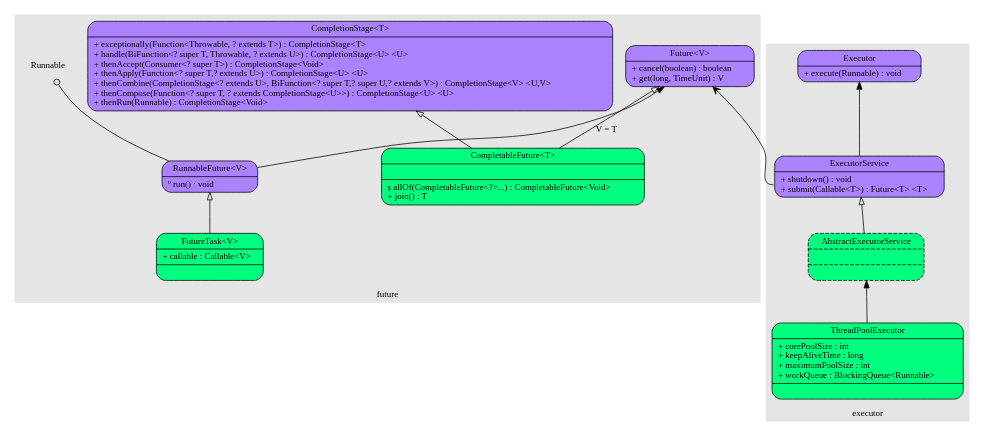
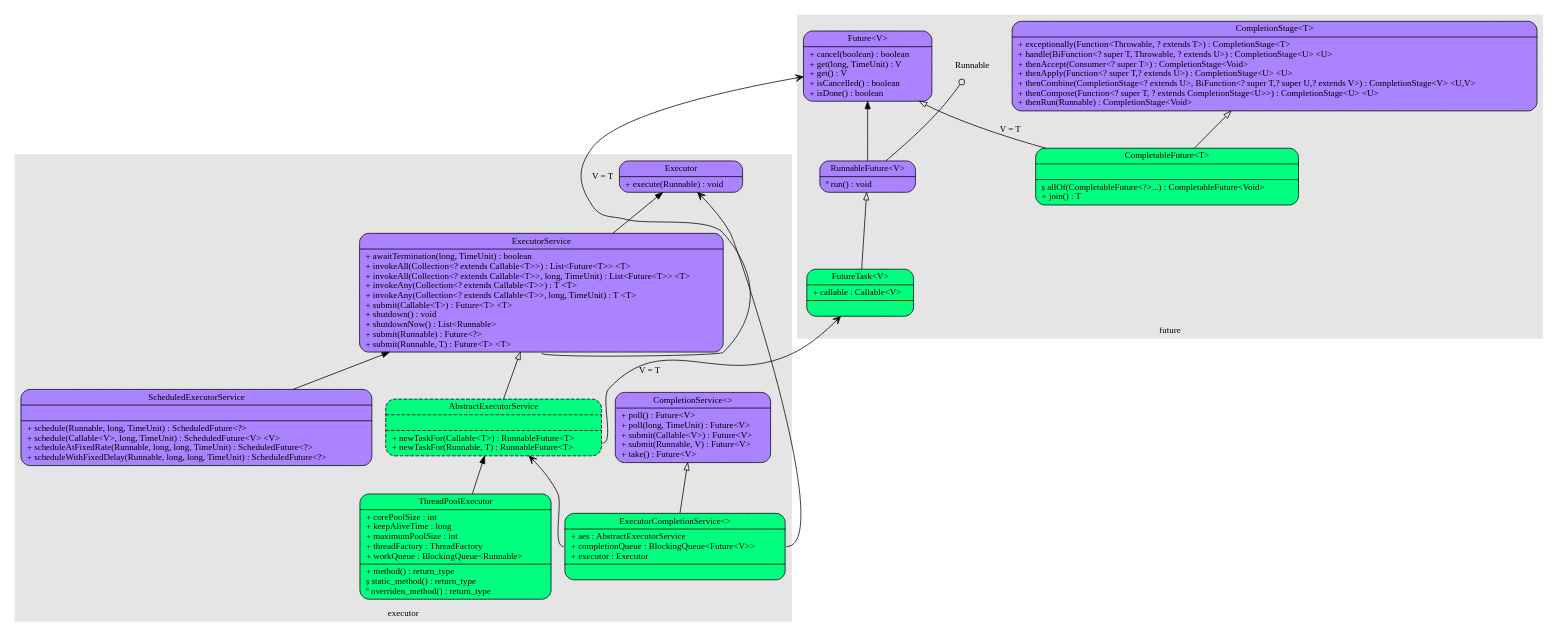
One commit to chris0103/spider-net changed the diagram in Java/concurrent.dot. Above: the diagram before and after it, drawn with Graphviz. The commit also changed 4 other files, not shown here.

```diff
--- a/Java/concurrent.dot
+++ b/Java/concurrent.dot
@@ -1,64 +1,90 @@
 digraph concurrent {
 	rankdir = BT;
     fontname = "Verdana";
     fontsize = 12;
     node [fontname = "Verdana", fontsize = 12, shape = "record"];
     edge [fontname = "Verdana", fontsize = 12];
 	
 	subgraph cluster25 {
 		label = "executor";
 		style = filled;
 		color = grey90;
-		AbstractExecutorService [label = "{<f0>AbstractExecutorService||}", style = "rounded, filled, dashed", fillcolor = "springgreen"];
+		AbstractExecutorService [label = "{<f0>AbstractExecutorService||<f2>+ newTaskFor(Callable&lt;T&gt;) : RunnableFuture&lt;T&gt;\l+ newTaskFor(Runnable, T) : RunnableFuture&lt;T&gt;\l}", style = "rounded, filled, dashed", fillcolor = "springgreen"];
+		CompletionService [label = "{<f0>CompletionService&lt;&gt;|<f2>+ poll() : Future&lt;V&gt;\l+ poll(long, TimeUnit) : Future&lt;V&gt;\l+ submit(Callable&lt;V&gt;) : Future&lt;V&gt;\l+ submit(Runnable, V) : Future&lt;V&gt;\l+ take() : Future&lt;V&gt;\l}", style = "rounded, filled", fillcolor = "mediumpurple1"];
 		Executor [label = "{<f0>Executor|<f2>+ execute(Runnable) : void\l}", style = "rounded, filled", fillcolor = "mediumpurple1"];
-		ExecutorService [label = "{<f0>ExecutorService|<f2>+ shutdown() : void\l+ submit(Callable&lt;T&gt;) : Future&lt;T&gt; &lt;T&gt;\l}", style = "rounded, filled", fillcolor = "mediumpurple1"];
-		ThreadPoolExecutor [label = "{<f0>ThreadPoolExecutor|<f1>+ corePoolSize : int\l+ keepAliveTime : long\l+ maximumPoolSize : int\l+ workQueue : BlockingQueue&lt;Runnable&gt;\l|}", style = "rounded, filled", fillcolor = "springgreen"];
+		ExecutorCompletionService [label = "{<f0>ExecutorCompletionService&lt;&gt;|<f1>+ aes : AbstractExecutorService\l+ completionQueue : BlockingQueue&lt;Future&lt;V&gt;&gt;\l+ executor : Executor\l|}", style = "rounded, filled", fillcolor = "springgreen"];
+		ExecutorService [label = "{<f0>ExecutorService|<f2>+ awaitTermination(long, TimeUnit) : boolean\l+ invokeAll(Collection&lt;? extends Callable&lt;T&gt;&gt;) : List&lt;Future&lt;T&gt;&gt; &lt;T&gt;\l+ invokeAll(Collection&lt;? extends Callable&lt;T&gt;&gt;, long, TimeUnit) : List&lt;Future&lt;T&gt;&gt; &lt;T&gt;\l+ invokeAny(Collection&lt;? extends Callable&lt;T&gt;&gt;) : T &lt;T&gt;\l+ invokeAny(Collection&lt;? extends Callable&lt;T&gt;&gt;, long, TimeUnit) : T &lt;T&gt;\l+ submit(Callable&lt;T&gt;) : Future&lt;T&gt; &lt;T&gt;\l+ shutdown() : void\l+ shutdownNow() : List&lt;Runnable&gt;\l+ submit(Runnable) : Future&lt;?&gt;\l+ submit(Runnable, T) : Future&lt;T&gt; &lt;T&gt;\l}", style = "rounded, filled", fillcolor = "mediumpurple1"];
+		ScheduledExecutorService [label = "{<f0>ScheduledExecutorService||<f2>+ schedule(Runnable, long, TimeUnit) : ScheduledFuture&lt;?&gt;\l+ schedule(Callable&lt;V&gt;, long, TimeUnit) : ScheduledFuture&lt;V&gt; &lt;V&gt;\l+ scheduleAtFixedRate(Runnable, long, long, TimeUnit) : ScheduledFuture&lt;?&gt;\l+ scheduleWithFixedDelay(Runnable, long, long, TimeUnit) : ScheduledFuture&lt;?&gt;\l}", style = "rounded, filled", fillcolor = "mediumpurple1"];
+		ThreadPoolExecutor [label = "{<f0>ThreadPoolExecutor|<f1>+ corePoolSize : int\l+ keepAliveTime : long\l+ maximumPoolSize : int\l+ threadFactory : ThreadFactory\l+ workQueue : BlockingQueue&lt;Runnable&gt;\l|<f2>+ method() : return_type\l&#537; static_method() : return_type\l&#186; overriden_method() : return_type\l}", style = "rounded, filled", fillcolor = "springgreen"];
 	}
 	
 	subgraph cluster50 {
 		label = "future";
 		style = filled;
 		color = grey90;
 		CompletableFuture [label = "{<f0>CompletableFuture&lt;T&gt;||<f2>&#537; allOf(CompletableFuture&lt;?&gt;...) : CompletableFuture&lt;Void&gt;\l+ join() : T\l}", style = "rounded, filled", fillcolor = "springgreen"];
 		CompletionStage [label = "{<f0>CompletionStage&lt;T&gt;|<f2>+ exceptionally(Function&lt;Throwable, ? extends T&gt;) : CompletionStage&lt;T&gt;\l+ handle(BiFunction&lt;? super T, Throwable, ? extends U&gt;) : CompletionStage&lt;U&gt; &lt;U&gt;\l+ thenAccept(Consumer&lt;? super T&gt;) : CompletionStage&lt;Void&gt; \l+ thenApply(Function&lt;? super T,? extends U&gt;) : CompletionStage&lt;U&gt; &lt;U&gt;\l+ thenCombine(CompletionStage&lt;? extends U&gt;, BiFunction&lt;? super T,? super U,? extends V&gt;) : CompletionStage&lt;V&gt; &lt;U,V&gt;\l+ thenCompose(Function&lt;? super T, ? extends CompletionStage&lt;U&gt;&gt;) : CompletionStage&lt;U&gt; &lt;U&gt;\l+ thenRun(Runnable) : CompletionStage&lt;Void&gt; \l}", style = "rounded, filled", fillcolor = "mediumpurple1"];
-		Future [label = "{<f0>Future&lt;V&gt;|<f2>+ cancel(boolean) : boolean\l+ get(long, TimeUnit) : V\l}", style = "rounded, filled", fillcolor = "mediumpurple1"];
+		Future [label = "{<f0>Future&lt;V&gt;|<f2>+ cancel(boolean) : boolean\l+ get(long, TimeUnit) : V\l+ get() : V\l+ isCancelled() : boolean\l+ isDone() : boolean\l}", style = "rounded, filled", fillcolor = "mediumpurple1"];
 		FutureTask [label = "{<f0>FutureTask&lt;V&gt;|<f1>+ callable : Callable&lt;V&gt;\l|}", style = "rounded, filled", fillcolor = "springgreen"];
 		Runnable [shape = "plaintext", label = "Runnable"];
 		RunnableFuture [label = "{<f0>RunnableFuture&lt;V&gt;|<f2>&#186; run() : void\l}", style = "rounded, filled", fillcolor = "mediumpurple1"];
 	}
 	
 	/*
 	subgraph cluster00 {
 		label = "";
 		style = filled;
 		color = grey90;
 	}
 	
 	// item_name [label = "item_lable", style = "filled", fillcolor = "palegreen"];
 	// record_name [shape = "record", label = "{{<f0>interface|{<f10>(other implementers)}}|(other methods)}"];
 	// interface_minor [shape = "plaintext", label = "Interface_minor"];
 	// interface [label = "{<f0>Interface|<f2>+ method() : return_type\l}", style = "rounded, filled", fillcolor = "mediumpurple1"];
 	// abstract_class [label = "{<f0>Abstract_Class|<f1>+ field1 : type\l+ field2 : type\l|<f2>&#170; abstract_method() : return_type\l&#537; static_method() : return_type\l+ method() : return_type\l}", style = "rounded, filled, dashed", fillcolor = "springgreen"];
 	// class [label = "{<f0>Class|<f1>+ field1 : type\l+ field2 : type\l&#10765; final_field : type\l&#537; static_field : type\l|<f2>+ method() : return_type\l&#537; static_method() : return_type\l&#186; overriden_method() : return_type\l}", style = "rounded, filled", fillcolor = "springgreen"];	
 	*/
 	
 	// item_foo -> item_bar;
 	
 	// Implementation -> Interface [arrowhead = "empty"];
 	// Subclass -> Class;	
 	// Referer -> Referee [arrowhead = "vee"];
 	// Implementation -> InterfaceMinor [arrowhead = "odot"];	
 	
 	// future
 	CompletableFuture -> Future [arrowhead = "empty", label = "V = T"];
 	CompletableFuture -> CompletionStage [arrowhead = "empty"];
 	RunnableFuture -> Future;
 	RunnableFuture -> Runnable [arrowhead = "odot"];
 	FutureTask -> RunnableFuture [arrowhead = "empty"];
 	
 	// executor
 	ExecutorService -> Executor;
-	ExecutorService:f2 -> Future [arrowhead = "vee"];
+	ExecutorService:f2 -> Future [arrowhead = "vee", label = "V = T"];
 	AbstractExecutorService -> ExecutorService [arrowhead = "empty"];
+	AbstractExecutorService:f2 -> FutureTask [arrowhead = "vee", label = "V = T"];
 	ThreadPoolExecutor -> AbstractExecutorService;
+	ExecutorCompletionService:f1 -> AbstractExecutorService [arrowhead = "vee"];
+	ExecutorCompletionService:f1 -> Executor [arrowhead = "vee"];
+	ExecutorCompletionService -> CompletionService [arrowhead = "empty"];
+	ScheduledExecutorService -> ExecutorService;
+	
+	/*
+	
+	
+	RunnableFuture -> Runnable [arrowhead = "odot"];
+	RunnableFuture -> Future;
+	
+	Executors:f2 -> ThreadPoolExecutor [arrowhead = "vee"];
+	
+	Executors:f2 -> ScheduledThreadPoolExecutor [arrowhead = "vee"];
+	ScheduledThreadPoolExecutor -> ScheduledExecutorService [arrowhead = "empty"];
+	
+	ScheduledExecutorService:f2 -> ScheduledFuture;
+	ScheduledFuture -> Future;
+	ScheduledThreadPoolExecutor -> ThreadPoolExecutor;
+	RunnableScheduledFuture -> RunnableFuture;
+	RunnableScheduledFuture -> ScheduledFuture;
+	*/
 }
```
